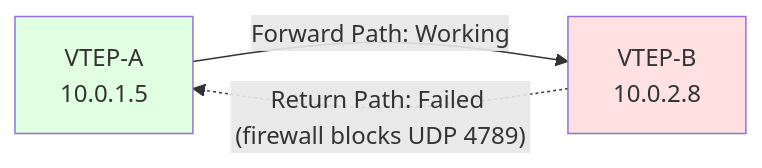
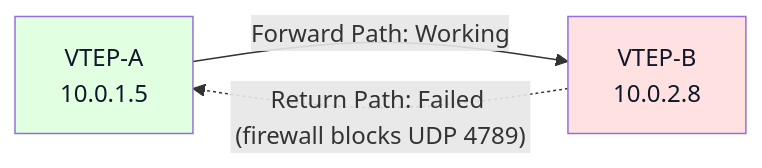
One commit to blebleblee/synapse changed the seventh of 8 diagrams in topics/computing/infrastructure/hyperconverged_infrastructure/lesson_04_network_virtualization.md. Above: the diagram before and after it, drawn with Mermaid. The commit also changed other lines of this file and 1464 other files, not shown here.

Commit message:
feat(release): curriculum vector mermaid upgrade, render hardening, and master synpack

````diff
--- a/topics/computing/infrastructure/hyperconverged_infrastructure/lesson_04_network_virtualization.md
+++ b/topics/computing/infrastructure/hyperconverged_infrastructure/lesson_04_network_virtualization.md
@@ -613,11 +613,11 @@
 ```mermaid
 graph LR
     A["VTEP-A<br/>10.0.1.5"] 
     B["VTEP-B<br/>10.0.2.8"]
     
     A -->|"Forward Path: Working"| B
     B -.->|"Return Path: Failed (firewall blocks UDP 4789)"| A
     
-    style A fill:#e1ffe1
-    style B fill:#ffe1e1
+    style A fill:#e1ffe1,color:#0f172a
+    style B fill:#ffe1e1,color:#0f172a
 ```
````
